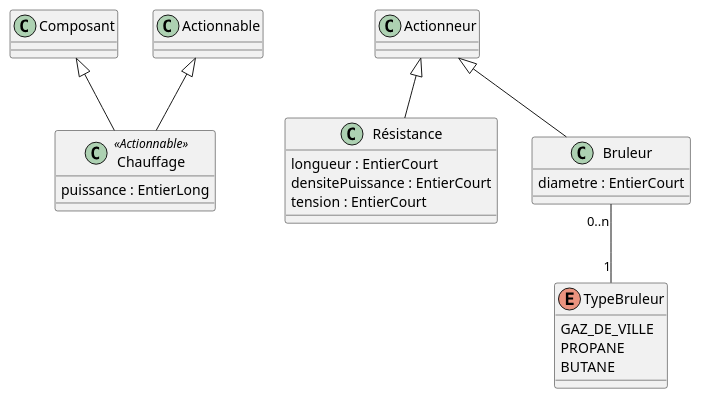
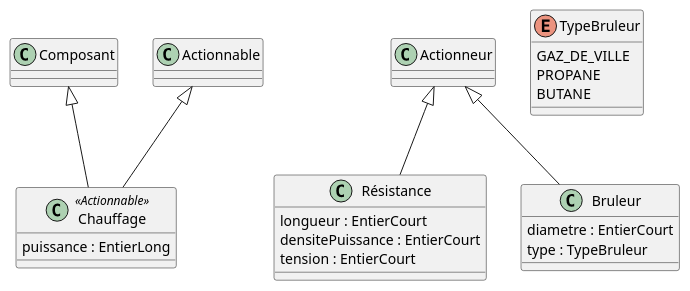
The diagram in chauffage.iuml (beerfactory/brewbox-uml), drawn with PlantUML before and after one commit. The commit also changed other lines of this file and 3 other files, not shown here.

```diff
--- a/chauffage.iuml
+++ b/chauffage.iuml
@@ -1,25 +1,25 @@
 class Chauffage <<Actionnable>> {
     puissance : EntierLong
 }
 
 class Résistance {
     longueur : EntierCourt
     densitePuissance : EntierCourt
     tension : EntierCourt
 }
 
 class Bruleur {
     diametre : EntierCourt
+    type : TypeBruleur
 }
 
 enum TypeBruleur {
     GAZ_DE_VILLE
     PROPANE
     BUTANE
 }
 
 Composant <|-- Chauffage
 Actionnable <|-- Chauffage
 Actionneur <|-- Résistance
 Actionneur <|-- Bruleur
-Bruleur "0..n" -- "1" TypeBruleur
```
